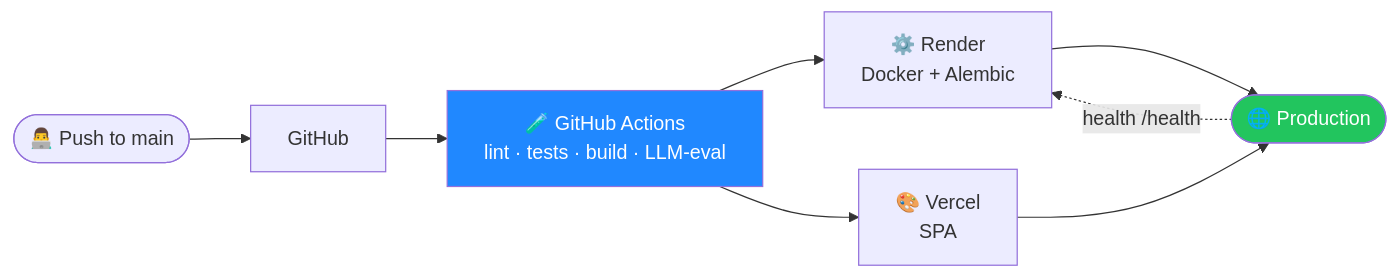
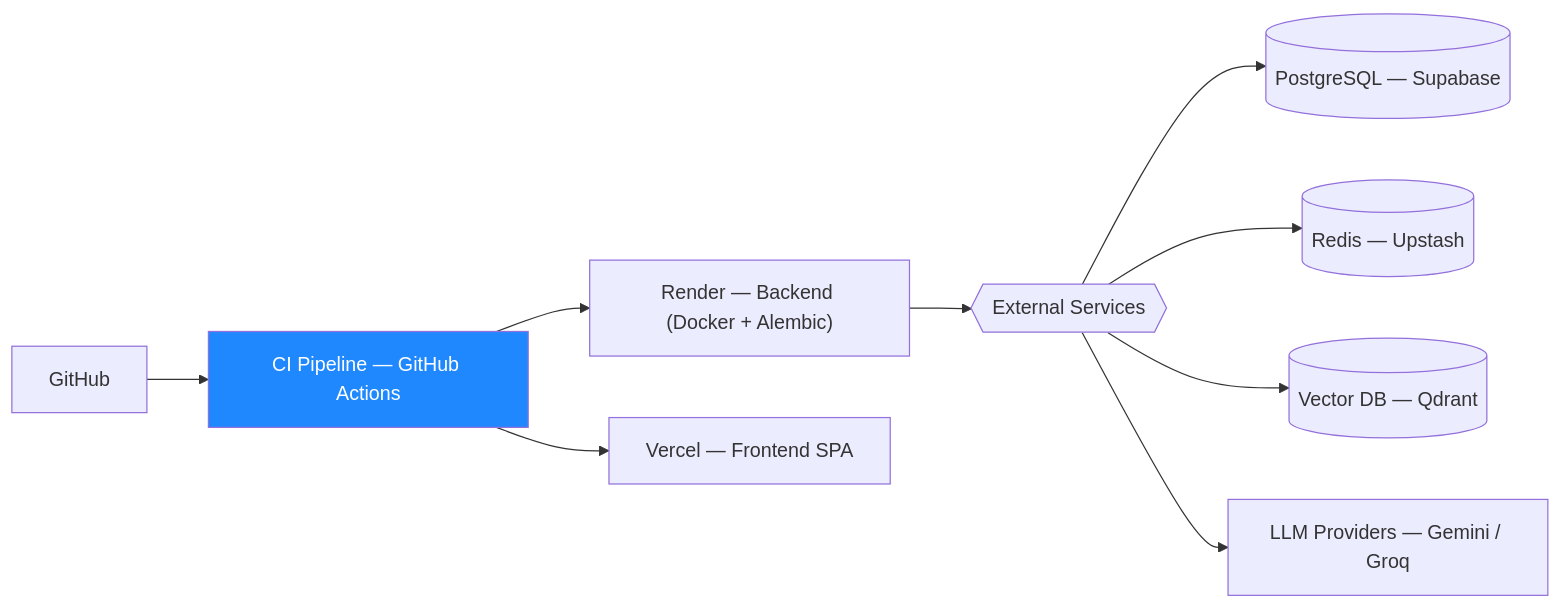
Before and after one commit to Vishal-AI-ML/upsc-agentic-ai: the fourth of 4 diagrams in README.md, drawn with Mermaid. The commit also changed other lines of this file and 62 other files, not shown here.

````diff
--- a/README.md
+++ b/README.md
@@ -268,12 +168,12 @@
 ```mermaid
 flowchart LR
-    Dev([👨‍💻 Push to main]) --> GH[GitHub]
-    GH --> CI["🧪 GitHub Actions<br/>lint · tests · build · LLM-eval"]
-    CI --> R["⚙️ Render<br/>Docker + Alembic"]
-    CI --> V["🎨 Vercel<br/>SPA"]
-    R --> Prod([🌐 Production])
-    V --> Prod
-    Prod -.health /health.-> R
+    GH[GitHub] --> CI["CI Pipeline — GitHub Actions"]
+    CI --> RB["Render — Backend (Docker + Alembic)"]
+    CI --> VF["Vercel — Frontend SPA"]
+    RB --> EXT{{External Services}}
+    EXT --> PG[(PostgreSQL — Supabase)]
+    EXT --> RD[(Redis — Upstash)]
+    EXT --> QD[(Vector DB — Qdrant)]
+    EXT --> LP[LLM Providers — Gemini / Groq]
     style CI fill:#2088FF,color:#fff
-    style Prod fill:#22C55E,color:#fff
 ```
````
